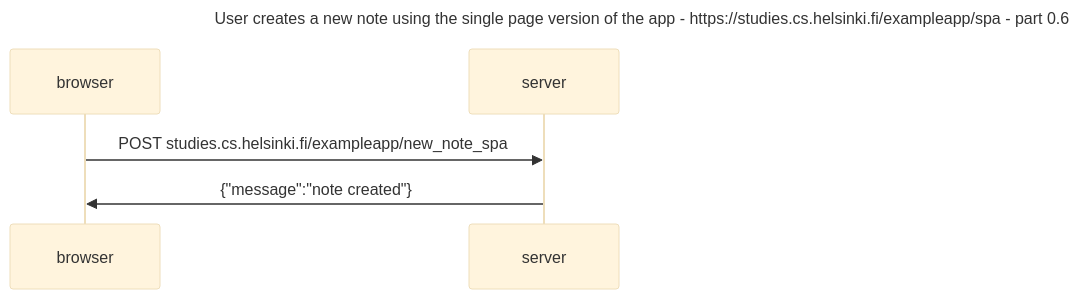
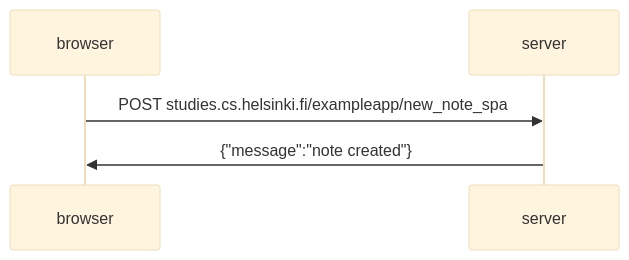
Before and after one commit to debaycisse/fullstack-uni-helsinki: the diagram in part0/excercise_0.6.md, drawn with Mermaid (base theme). The commit also changed other lines of this file and 1 other file, not shown here.

Commit message:
done with part0 exercise

````diff
--- a/part0/excercise_0.6.md
+++ b/part0/excercise_0.6.md
@@ -10,7 +9,6 @@
 ```mermaid
 sequenceDiagram
-title: User creates a new note using the single page version of the app - https://studies.cs.helsinki.fi/exampleapp/spa - part 0.6
 
 browser->>server: POST studies.cs.helsinki.fi/exampleapp/new_note_spa
 server->>browser: {"message":"note created"}
 ```
````
